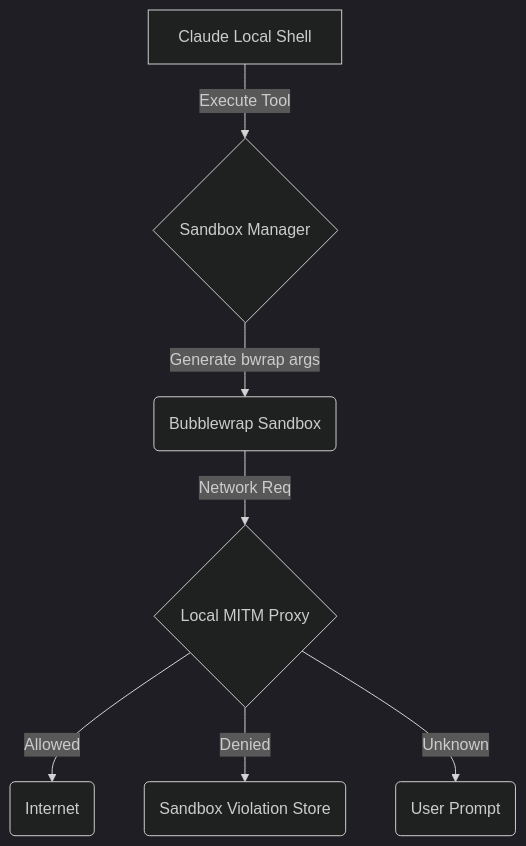
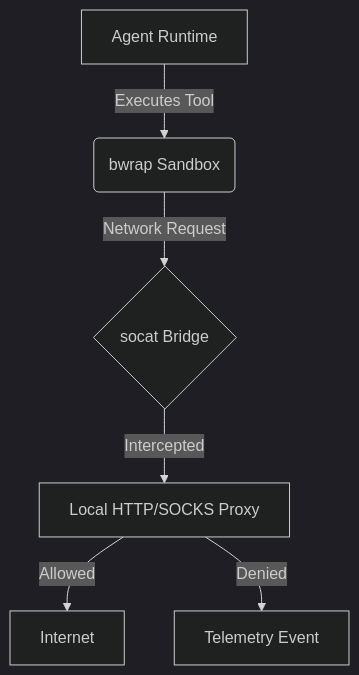
Before and after one commit to omnisolo-llc/onehumancorp: the diagram in docs/research/agent_harness_network_proxy_audit.md, drawn with Mermaid (dark theme). The commit also changed other lines of this file, not shown here.

Commit message:
docs: add agent harness network proxy audit research report

````diff
--- a/docs/research/agent_harness_network_proxy_audit.md
+++ b/docs/research/agent_harness_network_proxy_audit.md
@@ -22,9 +28,8 @@
 ```mermaid
-graph TD;
-    A[Claude Local Shell] -->|Execute Tool| B{Sandbox Manager};
-    B -->|Generate bwrap args| C(Bubblewrap Sandbox);
-    C -->|Network Req| D{Local MITM Proxy};
-    D -->|Allowed| E(Internet);
-    D -->|Denied| F(Sandbox Violation Store);
-    D -->|Unknown| G(User Prompt);
+graph TD
+    A[Agent Runtime] -->|Executes Tool| B(bwrap Sandbox)
+    B -->|Network Request| C{socat Bridge}
+    C -->|Intercepted| D[Local HTTP/SOCKS Proxy]
+    D -->|Allowed| E[Internet]
+    D -->|Denied| F[Telemetry Event]
 ```
````
